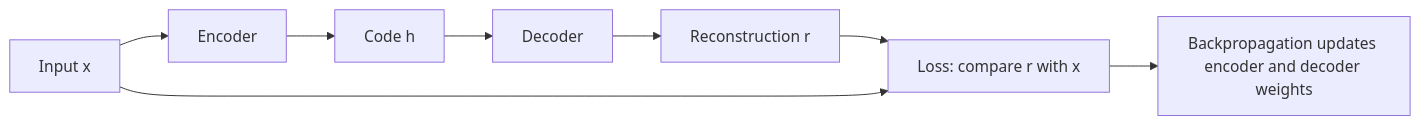
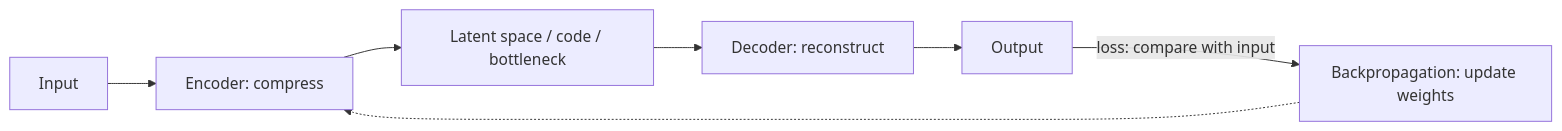
One commit to TrendySloth1001/sem-seven-notes changed the first of 4 diagrams in content/deep-learning/notes/autoencoders.mdx. Above: the diagram before and after it, drawn with Mermaid. The commit also changed other lines of this file and 254 other files, not shown here.

Commit message:
Rewrite the backpropagation, gradient descent, regularization and autoencoder notes and their 29 answers from the teachers' class files. They use 185 teacher figures with class-notes citations only, and correct the AdaGrad, RMSProp, Nesterov and batch-norm numbers on the slides.

````diff
--- a/content/deep-learning/notes/autoencoders.mdx
+++ b/content/deep-learning/notes/autoencoders.mdx
@@ -130,11 +58,10 @@
 ```mermaid
-%% caption: The training loop of an autoencoder. The same input is both what goes in and what the output is compared with, so no label is needed.
+%% caption: The autoencoder as the teacher draws it. The loss compares the output with the input, and backpropagation updates the weights.
 flowchart LR
-  X["Input x"] --> E["Encoder"]
-  E --> H["Code h"]
-  H --> D["Decoder"]
-  D --> R["Reconstruction r"]
-  R --> L["Loss: compare r with x"]
-  X --> L
-  L --> B["Backpropagation updates encoder and decoder weights"]
+  A["Input"] --> B["Encoder: compress"]
+  B --> C["Latent space / code / bottleneck"]
+  C --> D["Decoder: reconstruct"]
+  D --> E["Output"]
+  E -->|"loss: compare with input"| F["Backpropagation: update weights"]
+  F -.-> B
 ```
````
